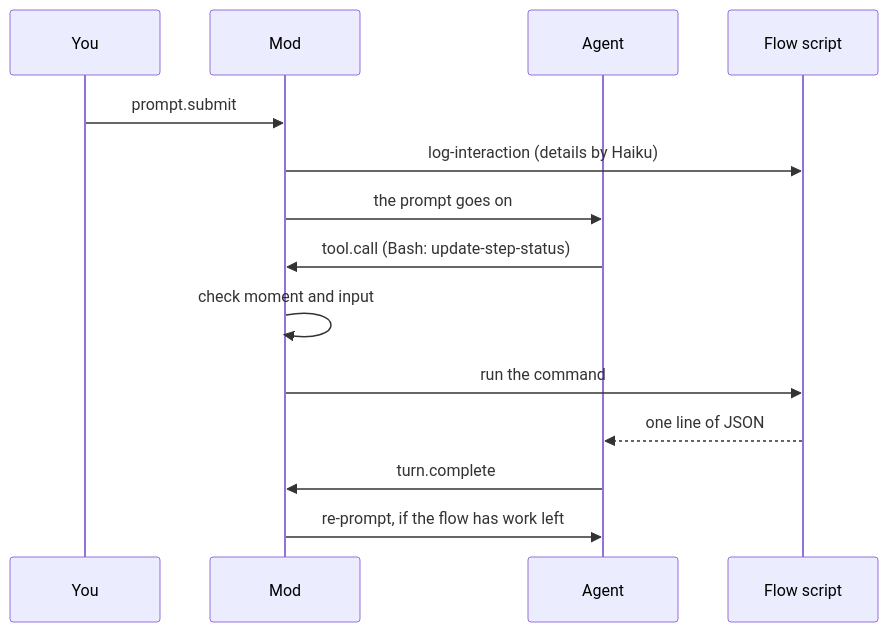
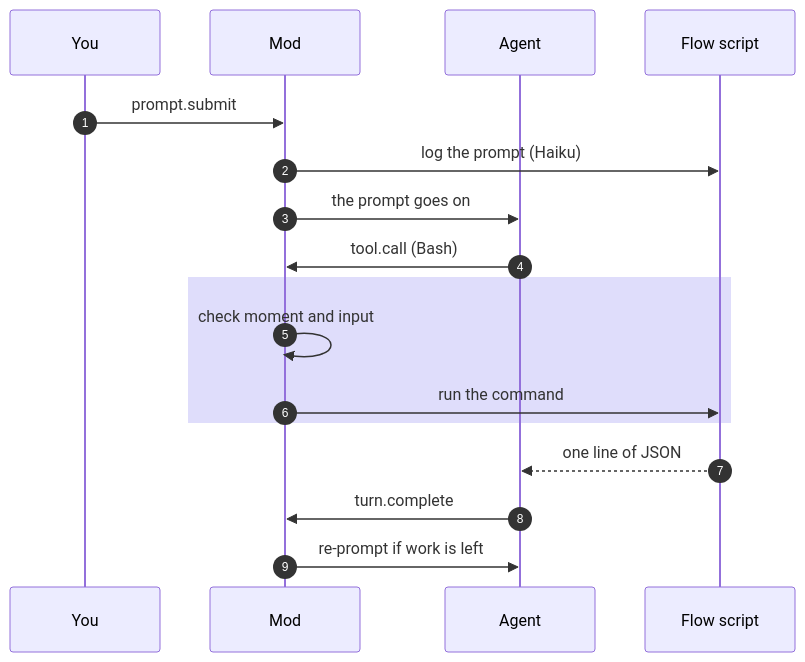
One commit to HMTools/ZeremAI changed the diagram in site/design/lifecycles/mod-events.mdx. Above: the diagram before and after it, drawn with Mermaid. The commit also changed 8 other files, not shown here.

First line of the commit message:
refactor: Enhance design documentation diagrams for clarity

````diff
--- a/site/design/lifecycles/mod-events.mdx
+++ b/site/design/lifecycles/mod-events.mdx
@@ -21,16 +21,19 @@
 ```mermaid
 sequenceDiagram
+  autonumber
   participant You
   participant Mod
   participant Agent
   participant Script as Flow script
   You->>Mod: prompt.submit
-  Mod->>Script: log-interaction (details by Haiku)
+  Mod->>Script: log the prompt (Haiku)
   Mod->>Agent: the prompt goes on
-  Agent->>Mod: tool.call (Bash: update-step-status)
-  Mod->>Mod: check moment and input
-  Mod->>Script: run the command
+  Agent->>Mod: tool.call (Bash)
+  rect rgba(79, 70, 229, 0.18)
+    Mod->>Mod: check moment and input
+    Mod->>Script: run the command
+  end
   Script-->>Agent: one line of JSON
   Agent->>Mod: turn.complete
-  Mod->>Agent: re-prompt, if the flow has work left
+  Mod->>Agent: re-prompt if work is left
 ```
````
